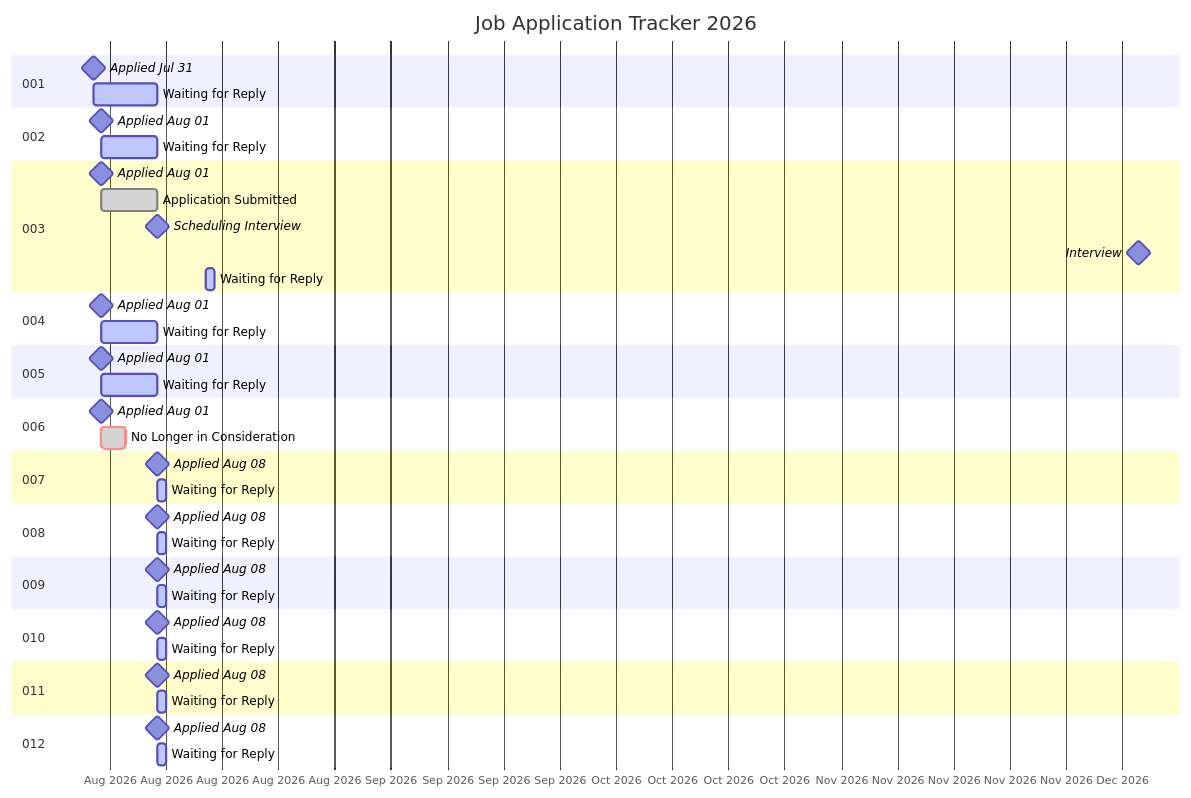
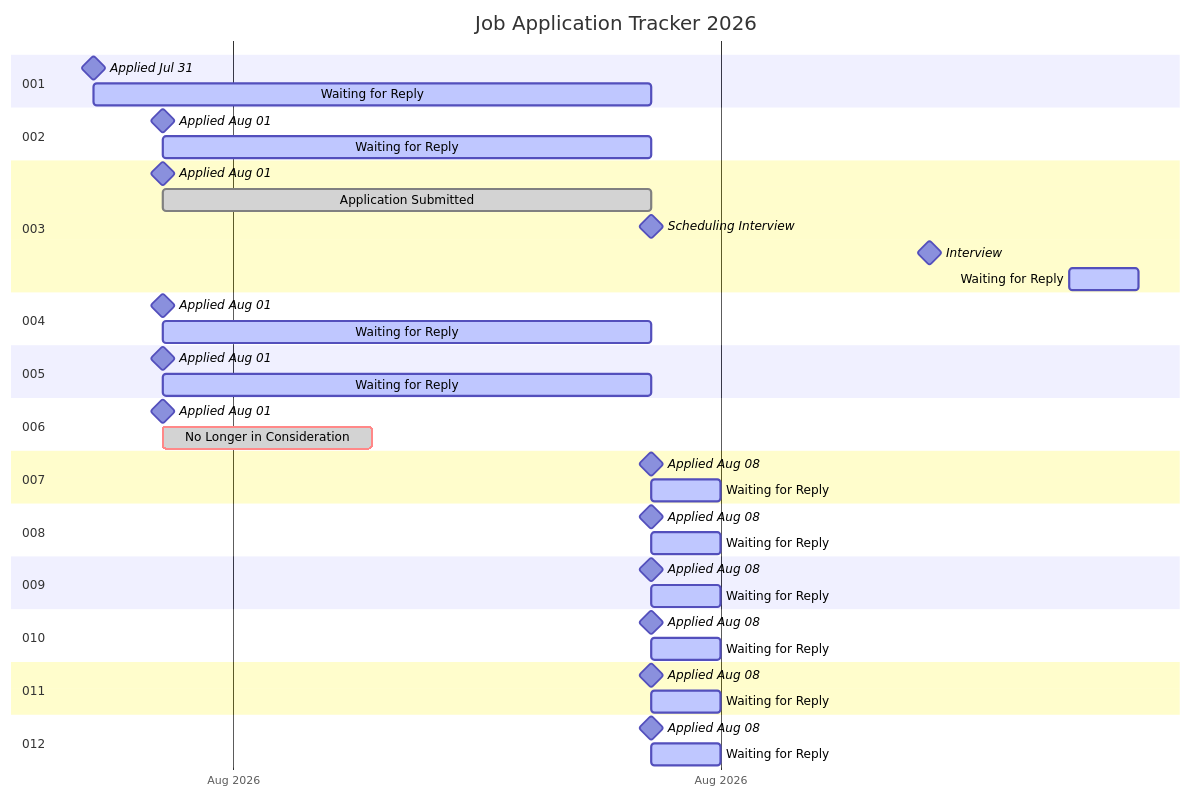
The diagram in README.md (RileyBeenders/rileybeenders.com), drawn with Mermaid before and after one commit.

Commit message:
Update README.md
Fixed a date - pt2

````diff
--- a/README.md
+++ b/README.md
@@ -12,58 +12,58 @@
 ```mermaid
   gantt
     title Job Application Tracker 2026
     dateFormat YYYY-MM-DD
     tickInterval 1week
     axisFormat %b %Y
 
     section 001
     Applied Jul 31                  :milestone, 2026-07-31, 0d
     Waiting for Reply               :active, 2026-07-31, 8d
 
     section 002
     Applied Aug 01                  :milestone, 2026-08-01, 0d
     Waiting for Reply               :active, 2026-08-01, 7d
 
     section 003
     Applied Aug 01                  :milestone, 2026-08-01, 0d
     Application Submitted           :done, 2026-08-01, 7d
     Scheduling Interview            :milestone, 2026-08-08, 0d
-    Interview                       :milestone, 2026-12-08, 0d
+    Interview                       :milestone, 2026-08-12, 0d
     Waiting for Reply               :active, 2026-08-14, 1d
 
     section 004
     Applied Aug 01                  :milestone, 2026-08-01, 0d
     Waiting for Reply               :active, 2026-08-01, 7d
 
     section 005
     Applied Aug 01                  :milestone, 2026-08-01, 0d
     Waiting for Reply               :active, 2026-08-01, 7d
 
     section 006
     Applied Aug 01                  :milestone, 2026-08-01, 0d
     No Longer in Consideration      :crit, done, 2026-08-01, 3d
 
     section 007
     Applied Aug 08                  :milestone, 2026-08-08, 0d
     Waiting for Reply               :active, 2026-08-08, 1d
 
     section 008
     Applied Aug 08                  :milestone, 2026-08-08, 0d
     Waiting for Reply               :active, 2026-08-08, 1d
 
     section 009
     Applied Aug 08                  :milestone, 2026-08-08, 0d
     Waiting for Reply               :active, 2026-08-08, 1d
 
     section 010
     Applied Aug 08                  :milestone, 2026-08-08, 0d
     Waiting for Reply               :active, 2026-08-08, 1d
 
     section 011
     Applied Aug 08                  :milestone, 2026-08-08, 0d
     Waiting for Reply               :active, 2026-08-08, 1d
 
     section 012
     Applied Aug 08                  :milestone, 2026-08-08, 0d
     Waiting for Reply               :active, 2026-08-08, 1d
 ```
````
